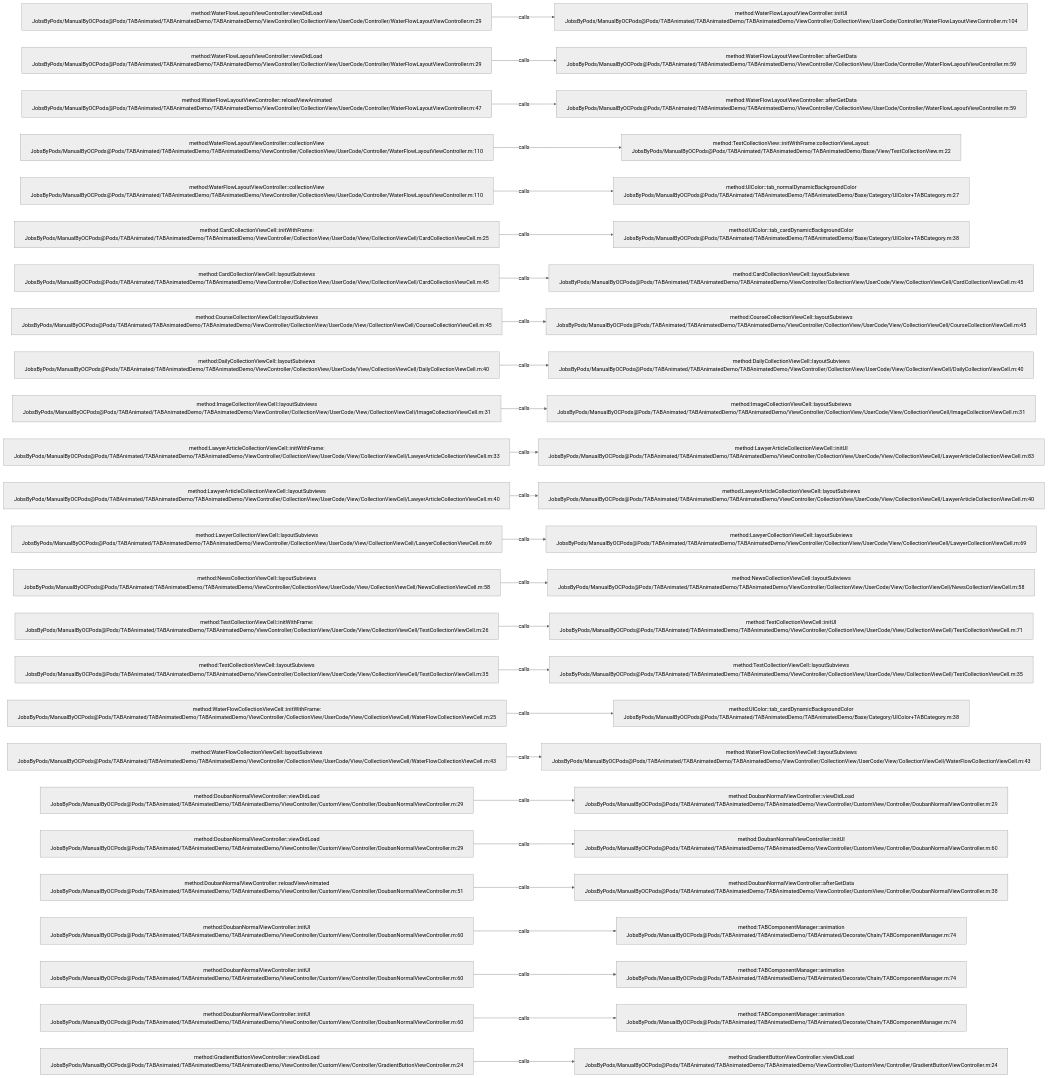
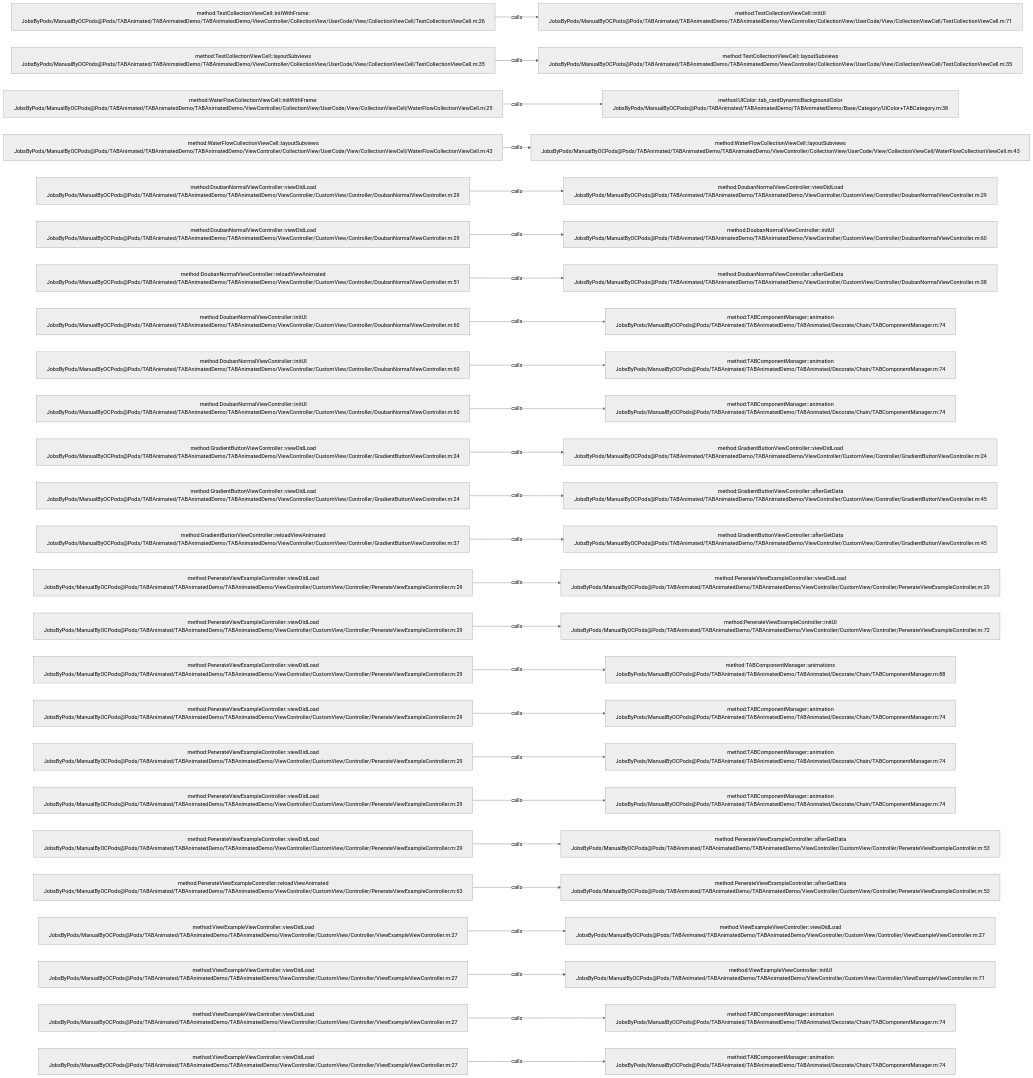
The diagram in .codegraph/codegraph.md/graphs/calls-055.md (JobsKits/JobsOCBaseConfigDemo), drawn with Mermaid (neutral theme) before and after one commit. The commit also changed 296 other files, not shown here.

````diff
--- a/.codegraph/codegraph.md/graphs/calls-055.md
+++ b/.codegraph/codegraph.md/graphs/calls-055.md
@@ -13,78 +13,78 @@
 ```mermaid
 flowchart LR
-  S1["method:WaterFlowLayoutViewController::viewDidLoad<br/>JobsByPods/ManualByOCPods@Pods/TABAnimated/TABAnimatedDemo/TABAnimatedDemo/ViewController/CollectionView/UserCode/Controller/WaterFlowLayoutViewController.m:29"]
-  T1["method:WaterFlowLayoutViewController::initUI<br/>JobsByPods/ManualByOCPods@Pods/TABAnimated/TABAnimatedDemo/TABAnimatedDemo/ViewController/CollectionView/UserCode/Controller/WaterFlowLayoutViewController.m:104"]
+  S1["method:TestCollectionViewCell::initWithFrame:<br/>JobsByPods/ManualByOCPods@Pods/TABAnimated/TABAnimatedDemo/TABAnimatedDemo/ViewController/CollectionView/UserCode/View/CollectionViewCell/TestCollectionViewCell.m:26"]
+  T1["method:TestCollectionViewCell::initUI<br/>JobsByPods/ManualByOCPods@Pods/TABAnimated/TABAnimatedDemo/TABAnimatedDemo/ViewController/CollectionView/UserCode/View/CollectionViewCell/TestCollectionViewCell.m:71"]
   S1 -->|calls| T1
-  S2["method:WaterFlowLayoutViewController::viewDidLoad<br/>JobsByPods/ManualByOCPods@Pods/TABAnimated/TABAnimatedDemo/TABAnimatedDemo/ViewController/CollectionView/UserCode/Controller/WaterFlowLayoutViewController.m:29"]
-  T2["method:WaterFlowLayoutViewController::afterGetData<br/>JobsByPods/ManualByOCPods@Pods/TABAnimated/TABAnimatedDemo/TABAnimatedDemo/ViewController/CollectionView/UserCode/Controller/WaterFlowLayoutViewController.m:59"]
+  S2["method:TestCollectionViewCell::layoutSubviews<br/>JobsByPods/ManualByOCPods@Pods/TABAnimated/TABAnimatedDemo/TABAnimatedDemo/ViewController/CollectionView/UserCode/View/CollectionViewCell/TestCollectionViewCell.m:35"]
+  T2["method:TestCollectionViewCell::layoutSubviews<br/>JobsByPods/ManualByOCPods@Pods/TABAnimated/TABAnimatedDemo/TABAnimatedDemo/ViewController/CollectionView/UserCode/View/CollectionViewCell/TestCollectionViewCell.m:35"]
   S2 -->|calls| T2
-  S3["method:WaterFlowLayoutViewController::reloadViewAnimated<br/>JobsByPods/ManualByOCPods@Pods/TABAnimated/TABAnimatedDemo/TABAnimatedDemo/ViewController/CollectionView/UserCode/Controller/WaterFlowLayoutViewController.m:47"]
-  T3["method:WaterFlowLayoutViewController::afterGetData<br/>JobsByPods/ManualByOCPods@Pods/TABAnimated/TABAnimatedDemo/TABAnimatedDemo/ViewController/CollectionView/UserCode/Controller/WaterFlowLayoutViewController.m:59"]
+  S3["method:WaterFlowCollectionViewCell::initWithFrame:<br/>JobsByPods/ManualByOCPods@Pods/TABAnimated/TABAnimatedDemo/TABAnimatedDemo/ViewController/CollectionView/UserCode/View/CollectionViewCell/WaterFlowCollectionViewCell.m:25"]
+  T3["method:UIColor::tab_cardDynamicBackgroundColor<br/>JobsByPods/ManualByOCPods@Pods/TABAnimated/TABAnimatedDemo/TABAnimatedDemo/Base/Category/UIColor+TABCategory.m:38"]
   S3 -->|calls| T3
-  S4["method:WaterFlowLayoutViewController::collectionView<br/>JobsByPods/ManualByOCPods@Pods/TABAnimated/TABAnimatedDemo/TABAnimatedDemo/ViewController/CollectionView/UserCode/Controller/WaterFlowLayoutViewController.m:110"]
-  T4["method:TestCollectionView::initWithFrame:collectionViewLayout:<br/>JobsByPods/ManualByOCPods@Pods/TABAnimated/TABAnimatedDemo/TABAnimatedDemo/Base/View/TestCollectionView.m:22"]
+  S4["method:WaterFlowCollectionViewCell::layoutSubviews<br/>JobsByPods/ManualByOCPods@Pods/TABAnimated/TABAnimatedDemo/TABAnimatedDemo/ViewController/CollectionView/UserCode/View/CollectionViewCell/WaterFlowCollectionViewCell.m:43"]
+  T4["method:WaterFlowCollectionViewCell::layoutSubviews<br/>JobsByPods/ManualByOCPods@Pods/TABAnimated/TABAnimatedDemo/TABAnimatedDemo/ViewController/CollectionView/UserCode/View/CollectionViewCell/WaterFlowCollectionViewCell.m:43"]
   S4 -->|calls| T4
-  S5["method:WaterFlowLayoutViewController::collectionView<br/>JobsByPods/ManualByOCPods@Pods/TABAnimated/TABAnimatedDemo/TABAnimatedDemo/ViewController/CollectionView/UserCode/Controller/WaterFlowLayoutViewController.m:110"]
-  T5["method:UIColor::tab_normalDynamicBackgroundColor<br/>JobsByPods/ManualByOCPods@Pods/TABAnimated/TABAnimatedDemo/TABAnimatedDemo/Base/Category/UIColor+TABCategory.m:27"]
+  S5["method:DoubanNormalViewController::viewDidLoad<br/>JobsByPods/ManualByOCPods@Pods/TABAnimated/TABAnimatedDemo/TABAnimatedDemo/ViewController/CustomView/Controller/DoubanNormalViewController.m:29"]
+  T5["method:DoubanNormalViewController::viewDidLoad<br/>JobsByPods/ManualByOCPods@Pods/TABAnimated/TABAnimatedDemo/TABAnimatedDemo/ViewController/CustomView/Controller/DoubanNormalViewController.m:29"]
   S5 -->|calls| T5
-  S6["method:CardCollectionViewCell::initWithFrame:<br/>JobsByPods/ManualByOCPods@Pods/TABAnimated/TABAnimatedDemo/TABAnimatedDemo/ViewController/CollectionView/UserCode/View/CollectionViewCell/CardCollectionViewCell.m:25"]
-  T6["method:UIColor::tab_cardDynamicBackgroundColor<br/>JobsByPods/ManualByOCPods@Pods/TABAnimated/TABAnimatedDemo/TABAnimatedDemo/Base/Category/UIColor+TABCategory.m:38"]
+  S6["method:DoubanNormalViewController::viewDidLoad<br/>JobsByPods/ManualByOCPods@Pods/TABAnimated/TABAnimatedDemo/TABAnimatedDemo/ViewController/CustomView/Controller/DoubanNormalViewController.m:29"]
+  T6["method:DoubanNormalViewController::initUI<br/>JobsByPods/ManualByOCPods@Pods/TABAnimated/TABAnimatedDemo/TABAnimatedDemo/ViewController/CustomView/Controller/DoubanNormalViewController.m:60"]
   S6 -->|calls| T6
-  S7["method:CardCollectionViewCell::layoutSubviews<br/>JobsByPods/ManualByOCPods@Pods/TABAnimated/TABAnimatedDemo/TABAnimatedDemo/ViewController/CollectionView/UserCode/View/CollectionViewCell/CardCollectionViewCell.m:45"]
-  T7["method:CardCollectionViewCell::layoutSubviews<br/>JobsByPods/ManualByOCPods@Pods/TABAnimated/TABAnimatedDemo/TABAnimatedDemo/ViewController/CollectionView/UserCode/View/CollectionViewCell/CardCollectionViewCell.m:45"]
+  S7["method:DoubanNormalViewController::reloadViewAnimated<br/>JobsByPods/ManualByOCPods@Pods/TABAnimated/TABAnimatedDemo/TABAnimatedDemo/ViewController/CustomView/Controller/DoubanNormalViewController.m:51"]
+  T7["method:DoubanNormalViewController::afterGetData<br/>JobsByPods/ManualByOCPods@Pods/TABAnimated/TABAnimatedDemo/TABAnimatedDemo/ViewController/CustomView/Controller/DoubanNormalViewController.m:38"]
   S7 -->|calls| T7
-  S8["method:CourseCollectionViewCell::layoutSubviews<br/>JobsByPods/ManualByOCPods@Pods/TABAnimated/TABAnimatedDemo/TABAnimatedDemo/ViewController/CollectionView/UserCode/View/CollectionViewCell/CourseCollectionViewCell.m:45"]
-  T8["method:CourseCollectionViewCell::layoutSubviews<br/>JobsByPods/ManualByOCPods@Pods/TABAnimated/TABAnimatedDemo/TABAnimatedDemo/ViewController/CollectionView/UserCode/View/CollectionViewCell/CourseCollectionViewCell.m:45"]
+  S8["method:DoubanNormalViewController::initUI<br/>JobsByPods/ManualByOCPods@Pods/TABAnimated/TABAnimatedDemo/TABAnimatedDemo/ViewController/CustomView/Controller/DoubanNormalViewController.m:60"]
+  T8["method:TABComponentManager::animation<br/>JobsByPods/ManualByOCPods@Pods/TABAnimated/TABAnimatedDemo/TABAnimated/Decorate/Chain/TABComponentManager.m:74"]
   S8 -->|calls| T8
-  S9["method:DailyCollectionViewCell::layoutSubviews<br/>JobsByPods/ManualByOCPods@Pods/TABAnimated/TABAnimatedDemo/TABAnimatedDemo/ViewController/CollectionView/UserCode/View/CollectionViewCell/DailyCollectionViewCell.m:40"]
-  T9["method:DailyCollectionViewCell::layoutSubviews<br/>JobsByPods/ManualByOCPods@Pods/TABAnimated/TABAnimatedDemo/TABAnimatedDemo/ViewController/CollectionView/UserCode/View/CollectionViewCell/DailyCollectionViewCell.m:40"]
+  S9["method:DoubanNormalViewController::initUI<br/>JobsByPods/ManualByOCPods@Pods/TABAnimated/TABAnimatedDemo/TABAnimatedDemo/ViewController/CustomView/Controller/DoubanNormalViewController.m:60"]
+  T9["method:TABComponentManager::animation<br/>JobsByPods/ManualByOCPods@Pods/TABAnimated/TABAnimatedDemo/TABAnimated/Decorate/Chain/TABComponentManager.m:74"]
   S9 -->|calls| T9
-  S10["method:ImageCollectionViewCell::layoutSubviews<br/>JobsByPods/ManualByOCPods@Pods/TABAnimated/TABAnimatedDemo/TABAnimatedDemo/ViewController/CollectionView/UserCode/View/CollectionViewCell/ImageCollectionViewCell.m:31"]
-  T10["method:ImageCollectionViewCell::layoutSubviews<br/>JobsByPods/ManualByOCPods@Pods/TABAnimated/TABAnimatedDemo/TABAnimatedDemo/ViewController/CollectionView/UserCode/View/CollectionViewCell/ImageCollectionViewCell.m:31"]
+  S10["method:DoubanNormalViewController::initUI<br/>JobsByPods/ManualByOCPods@Pods/TABAnimated/TABAnimatedDemo/TABAnimatedDemo/ViewController/CustomView/Controller/DoubanNormalViewController.m:60"]
+  T10["method:TABComponentManager::animation<br/>JobsByPods/ManualByOCPods@Pods/TABAnimated/TABAnimatedDemo/TABAnimated/Decorate/Chain/TABComponentManager.m:74"]
   S10 -->|calls| T10
-  S11["method:LawyerArticleCollectionViewCell::initWithFrame:<br/>JobsByPods/ManualByOCPods@Pods/TABAnimated/TABAnimatedDemo/TABAnimatedDemo/ViewController/CollectionView/UserCode/View/CollectionViewCell/LawyerArticleCollectionViewCell.m:33"]
-  T11["method:LawyerArticleCollectionViewCell::initUI<br/>JobsByPods/ManualByOCPods@Pods/TABAnimated/TABAnimatedDemo/TABAnimatedDemo/ViewController/CollectionView/UserCode/View/CollectionViewCell/LawyerArticleCollectionViewCell.m:83"]
+  S11["method:GradientButtonViewController::viewDidLoad<br/>JobsByPods/ManualByOCPods@Pods/TABAnimated/TABAnimatedDemo/TABAnimatedDemo/ViewController/CustomView/Controller/GradientButtonViewController.m:24"]
+  T11["method:GradientButtonViewController::viewDidLoad<br/>JobsByPods/ManualByOCPods@Pods/TABAnimated/TABAnimatedDemo/TABAnimatedDemo/ViewController/CustomView/Controller/GradientButtonViewController.m:24"]
   S11 -->|calls| T11
-  S12["method:LawyerArticleCollectionViewCell::layoutSubviews<br/>JobsByPods/ManualByOCPods@Pods/TABAnimated/TABAnimatedDemo/TABAnimatedDemo/ViewController/CollectionView/UserCode/View/CollectionViewCell/LawyerArticleCollectionViewCell.m:40"]
-  T12["method:LawyerArticleCollectionViewCell::layoutSubviews<br/>JobsByPods/ManualByOCPods@Pods/TABAnimated/TABAnimatedDemo/TABAnimatedDemo/ViewController/CollectionView/UserCode/View/CollectionViewCell/LawyerArticleCollectionViewCell.m:40"]
+  S12["method:GradientButtonViewController::viewDidLoad<br/>JobsByPods/ManualByOCPods@Pods/TABAnimated/TABAnimatedDemo/TABAnimatedDemo/ViewController/CustomView/Controller/GradientButtonViewController.m:24"]
+  T12["method:GradientButtonViewController::afterGetData<br/>JobsByPods/ManualByOCPods@Pods/TABAnimated/TABAnimatedDemo/TABAnimatedDemo/ViewController/CustomView/Controller/GradientButtonViewController.m:45"]
   S12 -->|calls| T12
-  S13["method:LawyerCollectionViewCell::layoutSubviews<br/>JobsByPods/ManualByOCPods@Pods/TABAnimated/TABAnimatedDemo/TABAnimatedDemo/ViewController/CollectionView/UserCode/View/CollectionViewCell/LawyerCollectionViewCell.m:69"]
-  T13["method:LawyerCollectionViewCell::layoutSubviews<br/>JobsByPods/ManualByOCPods@Pods/TABAnimated/TABAnimatedDemo/TABAnimatedDemo/ViewController/CollectionView/UserCode/View/CollectionViewCell/LawyerCollectionViewCell.m:69"]
+  S13["method:GradientButtonViewController::reloadViewAnimated<br/>JobsByPods/ManualByOCPods@Pods/TABAnimated/TABAnimatedDemo/TABAnimatedDemo/ViewController/CustomView/Controller/GradientButtonViewController.m:37"]
+  T13["method:GradientButtonViewController::afterGetData<br/>JobsByPods/ManualByOCPods@Pods/TABAnimated/TABAnimatedDemo/TABAnimatedDemo/ViewController/CustomView/Controller/GradientButtonViewController.m:45"]
   S13 -->|calls| T13
-  S14["method:NewsCollectionViewCell::layoutSubviews<br/>JobsByPods/ManualByOCPods@Pods/TABAnimated/TABAnimatedDemo/TABAnimatedDemo/ViewController/CollectionView/UserCode/View/CollectionViewCell/NewsCollectionViewCell.m:58"]
-  T14["method:NewsCollectionViewCell::layoutSubviews<br/>JobsByPods/ManualByOCPods@Pods/TABAnimated/TABAnimatedDemo/TABAnimatedDemo/ViewController/CollectionView/UserCode/View/CollectionViewCell/NewsCollectionViewCell.m:58"]
+  S14["method:PenerateViewExampleController::viewDidLoad<br/>JobsByPods/ManualByOCPods@Pods/TABAnimated/TABAnimatedDemo/TABAnimatedDemo/ViewController/CustomView/Controller/PenerateViewExampleController.m:29"]
+  T14["method:PenerateViewExampleController::viewDidLoad<br/>JobsByPods/ManualByOCPods@Pods/TABAnimated/TABAnimatedDemo/TABAnimatedDemo/ViewController/CustomView/Controller/PenerateViewExampleController.m:29"]
   S14 -->|calls| T14
-  S15["method:TestCollectionViewCell::initWithFrame:<br/>JobsByPods/ManualByOCPods@Pods/TABAnimated/TABAnimatedDemo/TABAnimatedDemo/ViewController/CollectionView/UserCode/View/CollectionViewCell/TestCollectionViewCell.m:26"]
-  T15["method:TestCollectionViewCell::initUI<br/>JobsByPods/ManualByOCPods@Pods/TABAnimated/TABAnimatedDemo/TABAnimatedDemo/ViewController/CollectionView/UserCode/View/CollectionViewCell/TestCollectionViewCell.m:71"]
+  S15["method:PenerateViewExampleController::viewDidLoad<br/>JobsByPods/ManualByOCPods@Pods/TABAnimated/TABAnimatedDemo/TABAnimatedDemo/ViewController/CustomView/Controller/PenerateViewExampleController.m:29"]
+  T15["method:PenerateViewExampleController::initUI<br/>JobsByPods/ManualByOCPods@Pods/TABAnimated/TABAnimatedDemo/TABAnimatedDemo/ViewController/CustomView/Controller/PenerateViewExampleController.m:72"]
   S15 -->|calls| T15
-  S16["method:TestCollectionViewCell::layoutSubviews<br/>JobsByPods/ManualByOCPods@Pods/TABAnimated/TABAnimatedDemo/TABAnimatedDemo/ViewController/CollectionView/UserCode/View/CollectionViewCell/TestCollectionViewCell.m:35"]
-  T16["method:TestCollectionViewCell::layoutSubviews<br/>JobsByPods/ManualByOCPods@Pods/TABAnimated/TABAnimatedDemo/TABAnimatedDemo/ViewController/CollectionView/UserCode/View/CollectionViewCell/TestCollectionViewCell.m:35"]
+  S16["method:PenerateViewExampleController::viewDidLoad<br/>JobsByPods/ManualByOCPods@Pods/TABAnimated/TABAnimatedDemo/TABAnimatedDemo/ViewController/CustomView/Controller/PenerateViewExampleController.m:29"]
+  T16["method:TABComponentManager::animations<br/>JobsByPods/ManualByOCPods@Pods/TABAnimated/TABAnimatedDemo/TABAnimated/Decorate/Chain/TABComponentManager.m:88"]
   S16 -->|calls| T16
-  S17["method:WaterFlowCollectionViewCell::initWithFrame:<br/>JobsByPods/ManualByOCPods@Pods/TABAnimated/TABAnimatedDemo/TABAnimatedDemo/ViewController/CollectionView/UserCode/View/CollectionViewCell/WaterFlowCollectionViewCell.m:25"]
-  T17["method:UIColor::tab_cardDynamicBackgroundColor<br/>JobsByPods/ManualByOCPods@Pods/TABAnimated/TABAnimatedDemo/TABAnimatedDemo/Base/Category/UIColor+TABCategory.m:38"]
+  S17["method:PenerateViewExampleController::viewDidLoad<br/>JobsByPods/ManualByOCPods@Pods/TABAnimated/TABAnimatedDemo/TABAnimatedDemo/ViewController/CustomView/Controller/PenerateViewExampleController.m:29"]
+  T17["method:TABComponentManager::animation<br/>JobsByPods/ManualByOCPods@Pods/TABAnimated/TABAnimatedDemo/TABAnimated/Decorate/Chain/TABComponentManager.m:74"]
   S17 -->|calls| T17
-  S18["method:WaterFlowCollectionViewCell::layoutSubviews<br/>JobsByPods/ManualByOCPods@Pods/TABAnimated/TABAnimatedDemo/TABAnimatedDemo/ViewController/CollectionView/UserCode/View/CollectionViewCell/WaterFlowCollectionViewCell.m:43"]
-  T18["method:WaterFlowCollectionViewCell::layoutSubviews<br/>JobsByPods/ManualByOCPods@Pods/TABAnimated/TABAnimatedDemo/TABAnimatedDemo/ViewController/CollectionView/UserCode/View/CollectionViewCell/WaterFlowCollectionViewCell.m:43"]
+  S18["method:PenerateViewExampleController::viewDidLoad<br/>JobsByPods/ManualByOCPods@Pods/TABAnimated/TABAnimatedDemo/TABAnimatedDemo/ViewController/CustomView/Controller/PenerateViewExampleController.m:29"]
+  T18["method:TABComponentManager::animation<br/>JobsByPods/ManualByOCPods@Pods/TABAnimated/TABAnimatedDemo/TABAnimated/Decorate/Chain/TABComponentManager.m:74"]
   S18 -->|calls| T18
-  S19["method:DoubanNormalViewController::viewDidLoad<br/>JobsByPods/ManualByOCPods@Pods/TABAnimated/TABAnimatedDemo/TABAnimatedDemo/ViewController/CustomView/Controller/DoubanNormalViewController.m:29"]
-  T19["method:DoubanNormalViewController::viewDidLoad<br/>JobsByPods/ManualByOCPods@Pods/TABAnimated/TABAnimatedDemo/TABAnimatedDemo/ViewController/CustomView/Controller/DoubanNormalViewController.m:29"]
+  S19["method:PenerateViewExampleController::viewDidLoad<br/>JobsByPods/ManualByOCPods@Pods/TABAnimated/TABAnimatedDemo/TABAnimatedDemo/ViewController/CustomView/Controller/PenerateViewExampleController.m:29"]
+  T19["method:TABComponentManager::animation<br/>JobsByPods/ManualByOCPods@Pods/TABAnimated/TABAnimatedDemo/TABAnimated/Decorate/Chain/TABComponentManager.m:74"]
   S19 -->|calls| T19
-  S20["method:DoubanNormalViewController::viewDidLoad<br/>JobsByPods/ManualByOCPods@Pods/TABAnimated/TABAnimatedDemo/TABAnimatedDemo/ViewController/CustomView/Controller/DoubanNormalViewController.m:29"]
-  T20["method:DoubanNormalViewController::initUI<br/>JobsByPods/ManualByOCPods@Pods/TABAnimated/TABAnimatedDemo/TABAnimatedDemo/ViewController/CustomView/Controller/DoubanNormalViewController.m:60"]
+  S20["method:PenerateViewExampleController::viewDidLoad<br/>JobsByPods/ManualByOCPods@Pods/TABAnimated/TABAnimatedDemo/TABAnimatedDemo/ViewController/CustomView/Controller/PenerateViewExampleController.m:29"]
+  T20["method:PenerateViewExampleController::afterGetData<br/>JobsByPods/ManualByOCPods@Pods/TABAnimated/TABAnimatedDemo/TABAnimatedDemo/ViewController/CustomView/Controller/PenerateViewExampleController.m:53"]
   S20 -->|calls| T20
-  S21["method:DoubanNormalViewController::reloadViewAnimated<br/>JobsByPods/ManualByOCPods@Pods/TABAnimated/TABAnimatedDemo/TABAnimatedDemo/ViewController/CustomView/Controller/DoubanNormalViewController.m:51"]
-  T21["method:DoubanNormalViewController::afterGetData<br/>JobsByPods/ManualByOCPods@Pods/TABAnimated/TABAnimatedDemo/TABAnimatedDemo/ViewController/CustomView/Controller/DoubanNormalViewController.m:38"]
+  S21["method:PenerateViewExampleController::reloadViewAnimated<br/>JobsByPods/ManualByOCPods@Pods/TABAnimated/TABAnimatedDemo/TABAnimatedDemo/ViewController/CustomView/Controller/PenerateViewExampleController.m:63"]
+  T21["method:PenerateViewExampleController::afterGetData<br/>JobsByPods/ManualByOCPods@Pods/TABAnimated/TABAnimatedDemo/TABAnimatedDemo/ViewController/CustomView/Controller/PenerateViewExampleController.m:53"]
   S21 -->|calls| T21
-  S22["method:DoubanNormalViewController::initUI<br/>JobsByPods/ManualByOCPods@Pods/TABAnimated/TABAnimatedDemo/TABAnimatedDemo/ViewController/CustomView/Controller/DoubanNormalViewController.m:60"]
-  T22["method:TABComponentManager::animation<br/>JobsByPods/ManualByOCPods@Pods/TABAnimated/TABAnimatedDemo/TABAnimated/Decorate/Chain/TABComponentManager.m:74"]
+  S22["method:ViewExampleViewController::viewDidLoad<br/>JobsByPods/ManualByOCPods@Pods/TABAnimated/TABAnimatedDemo/TABAnimatedDemo/ViewController/CustomView/Controller/ViewExampleViewController.m:27"]
+  T22["method:ViewExampleViewController::viewDidLoad<br/>JobsByPods/ManualByOCPods@Pods/TABAnimated/TABAnimatedDemo/TABAnimatedDemo/ViewController/CustomView/Controller/ViewExampleViewController.m:27"]
   S22 -->|calls| T22
-  S23["method:DoubanNormalViewController::initUI<br/>JobsByPods/ManualByOCPods@Pods/TABAnimated/TABAnimatedDemo/TABAnimatedDemo/ViewController/CustomView/Controller/DoubanNormalViewController.m:60"]
-  T23["method:TABComponentManager::animation<br/>JobsByPods/ManualByOCPods@Pods/TABAnimated/TABAnimatedDemo/TABAnimated/Decorate/Chain/TABComponentManager.m:74"]
+  S23["method:ViewExampleViewController::viewDidLoad<br/>JobsByPods/ManualByOCPods@Pods/TABAnimated/TABAnimatedDemo/TABAnimatedDemo/ViewController/CustomView/Controller/ViewExampleViewController.m:27"]
+  T23["method:ViewExampleViewController::initUI<br/>JobsByPods/ManualByOCPods@Pods/TABAnimated/TABAnimatedDemo/TABAnimatedDemo/ViewController/CustomView/Controller/ViewExampleViewController.m:71"]
   S23 -->|calls| T23
-  S24["method:DoubanNormalViewController::initUI<br/>JobsByPods/ManualByOCPods@Pods/TABAnimated/TABAnimatedDemo/TABAnimatedDemo/ViewController/CustomView/Controller/DoubanNormalViewController.m:60"]
+  S24["method:ViewExampleViewController::viewDidLoad<br/>JobsByPods/ManualByOCPods@Pods/TABAnimated/TABAnimatedDemo/TABAnimatedDemo/ViewController/CustomView/Controller/ViewExampleViewController.m:27"]
   T24["method:TABComponentManager::animation<br/>JobsByPods/ManualByOCPods@Pods/TABAnimated/TABAnimatedDemo/TABAnimated/Decorate/Chain/TABComponentManager.m:74"]
   S24 -->|calls| T24
-  S25["method:GradientButtonViewController::viewDidLoad<br/>JobsByPods/ManualByOCPods@Pods/TABAnimated/TABAnimatedDemo/TABAnimatedDemo/ViewController/CustomView/Controller/GradientButtonViewController.m:24"]
-  T25["method:GradientButtonViewController::viewDidLoad<br/>JobsByPods/ManualByOCPods@Pods/TABAnimated/TABAnimatedDemo/TABAnimatedDemo/ViewController/CustomView/Controller/GradientButtonViewController.m:24"]
+  S25["method:ViewExampleViewController::viewDidLoad<br/>JobsByPods/ManualByOCPods@Pods/TABAnimated/TABAnimatedDemo/TABAnimatedDemo/ViewController/CustomView/Controller/ViewExampleViewController.m:27"]
+  T25["method:TABComponentManager::animation<br/>JobsByPods/ManualByOCPods@Pods/TABAnimated/TABAnimatedDemo/TABAnimated/Decorate/Chain/TABComponentManager.m:74"]
   S25 -->|calls| T25
 ```
````
